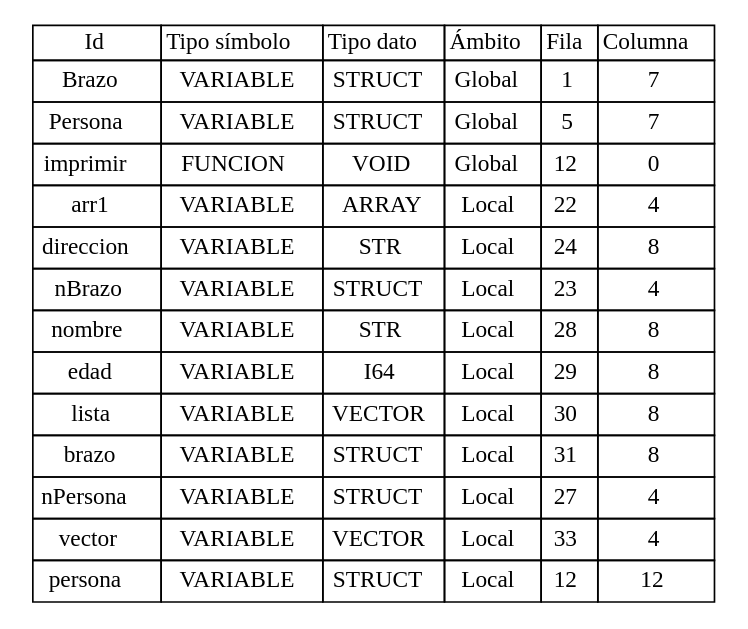
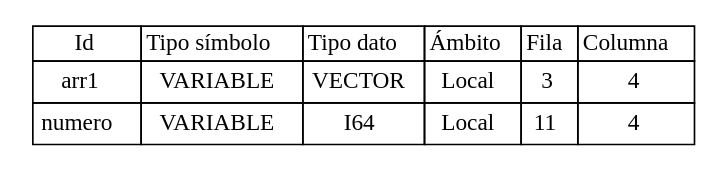
The diagram in Back/Web/tablas/tablaSimbolos.dot (Jodyannre/COMPI2_proyecto2_2022), drawn with Graphviz before and after one commit. The commit also changed 20 other files, not shown here.

```diff
--- a/Back/Web/tablas/tablaSimbolos.dot
+++ b/Back/Web/tablas/tablaSimbolos.dot
@@ -15,70 +15,16 @@
 	
 <tr>
 <td cellpadding='4'>
-Brazo
-</td>
-<td cellpadding='4'>VARIABLE
-</td>
-<td cellpadding='4'>STRUCT
-</td>
-<td cellpadding='4'>Global
-</td>
-<td cellpadding='4'>
-1
-</td>
-<td cellpadding='4'>
-7
-</td>
-</tr>
-
-<tr>
-<td cellpadding='4'>
-Persona
-</td>
-<td cellpadding='4'>VARIABLE
-</td>
-<td cellpadding='4'>STRUCT
-</td>
-<td cellpadding='4'>Global
-</td>
-<td cellpadding='4'>
-5
-</td>
-<td cellpadding='4'>
-7
-</td>
-</tr>
-
-<tr>
-<td cellpadding='4'>
-imprimir
-</td>
-<td cellpadding='4'>FUNCION
-</td>
-<td cellpadding='4'>VOID
-</td>
-<td cellpadding='4'>Global
-</td>
-<td cellpadding='4'>
-12
-</td>
-<td cellpadding='4'>
-0
-</td>
-</tr>
-
-<tr>
-<td cellpadding='4'>
 arr1
 </td>
 <td cellpadding='4'>VARIABLE
 </td>
-<td cellpadding='4'>ARRAY
+<td cellpadding='4'>VECTOR
 </td>
 <td cellpadding='4'>Local
 </td>
 <td cellpadding='4'>
-22
+3
 </td>
 <td cellpadding='4'>
 4
@@ -87,61 +33,7 @@
 
 <tr>
 <td cellpadding='4'>
-direccion
-</td>
-<td cellpadding='4'>VARIABLE
-</td>
-<td cellpadding='4'>STR
-</td>
-<td cellpadding='4'>Local
-</td>
-<td cellpadding='4'>
-24
-</td>
-<td cellpadding='4'>
-8
-</td>
-</tr>
-
-<tr>
-<td cellpadding='4'>
-nBrazo
-</td>
-<td cellpadding='4'>VARIABLE
-</td>
-<td cellpadding='4'>STRUCT
-</td>
-<td cellpadding='4'>Local
-</td>
-<td cellpadding='4'>
-23
-</td>
-<td cellpadding='4'>
-4
-</td>
-</tr>
-
-<tr>
-<td cellpadding='4'>
-nombre
-</td>
-<td cellpadding='4'>VARIABLE
-</td>
-<td cellpadding='4'>STR
-</td>
-<td cellpadding='4'>Local
-</td>
-<td cellpadding='4'>
-28
-</td>
-<td cellpadding='4'>
-8
-</td>
-</tr>
-
-<tr>
-<td cellpadding='4'>
-edad
+numero
 </td>
 <td cellpadding='4'>VARIABLE
 </td>
@@ -150,103 +42,13 @@
 <td cellpadding='4'>Local
 </td>
 <td cellpadding='4'>
-29
-</td>
-<td cellpadding='4'>
-8
-</td>
-</tr>
-
-<tr>
-<td cellpadding='4'>
-lista
-</td>
-<td cellpadding='4'>VARIABLE
-</td>
-<td cellpadding='4'>VECTOR
-</td>
-<td cellpadding='4'>Local
-</td>
-<td cellpadding='4'>
-30
-</td>
-<td cellpadding='4'>
-8
-</td>
-</tr>
-
-<tr>
-<td cellpadding='4'>
-brazo
-</td>
-<td cellpadding='4'>VARIABLE
-</td>
-<td cellpadding='4'>STRUCT
-</td>
-<td cellpadding='4'>Local
-</td>
-<td cellpadding='4'>
-31
-</td>
-<td cellpadding='4'>
-8
-</td>
-</tr>
-
-<tr>
-<td cellpadding='4'>
-nPersona
-</td>
-<td cellpadding='4'>VARIABLE
-</td>
-<td cellpadding='4'>STRUCT
-</td>
-<td cellpadding='4'>Local
-</td>
-<td cellpadding='4'>
-27
+11
 </td>
 <td cellpadding='4'>
 4
 </td>
 </tr>
 
-<tr>
-<td cellpadding='4'>
-vector
-</td>
-<td cellpadding='4'>VARIABLE
-</td>
-<td cellpadding='4'>VECTOR
-</td>
-<td cellpadding='4'>Local
-</td>
-<td cellpadding='4'>
-33
-</td>
-<td cellpadding='4'>
-4
-</td>
-</tr>
-
-<tr>
-<td cellpadding='4'>
-persona
-</td>
-<td cellpadding='4'>VARIABLE
-</td>
-<td cellpadding='4'>STRUCT
-</td>
-<td cellpadding='4'>Local
-</td>
-<td cellpadding='4'>
-12
-</td>
-<td cellpadding='4'>
-12
-</td>
-</tr>
-
 		</table>
 		>];
 	}
```
